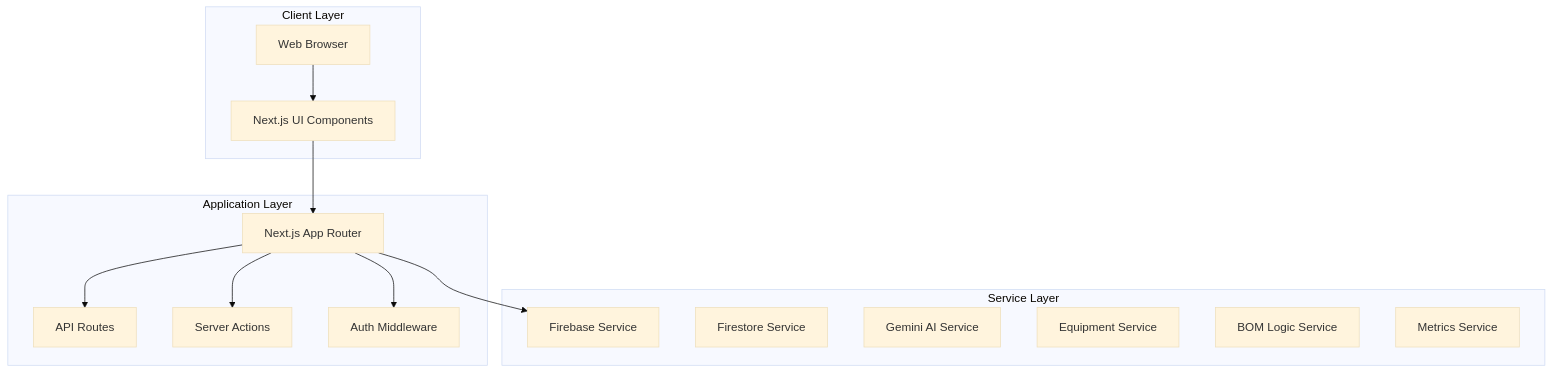
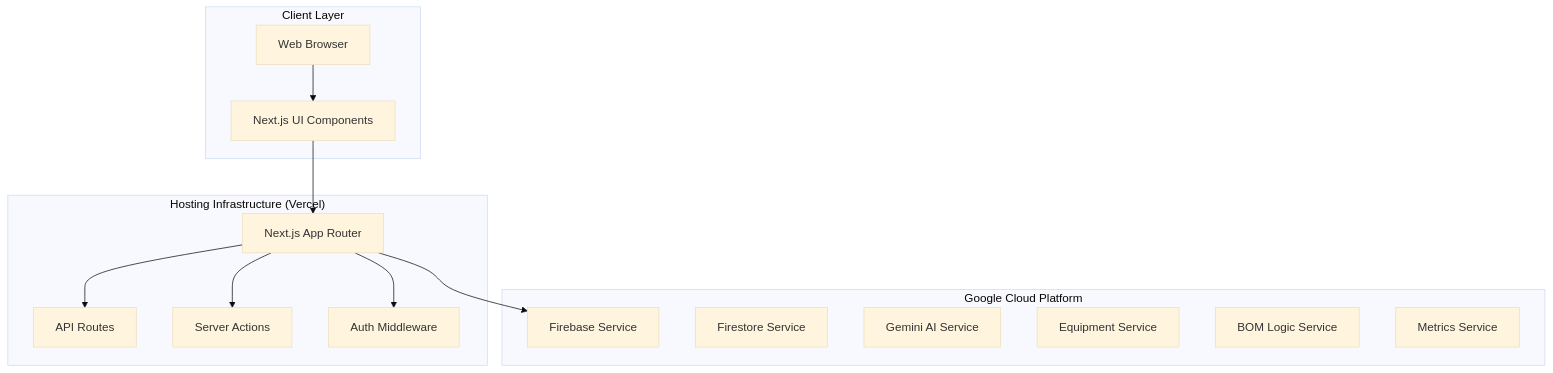
One commit to wslugger/zippy-builder-v2 changed the first of 4 diagrams in ARCHITECTURE.md. Above: the diagram before and after it, drawn with Mermaid (base theme). The commit also changed 34 other files, not shown here.

````diff
--- a/ARCHITECTURE.md
+++ b/ARCHITECTURE.md
@@ -6,30 +6,30 @@
 ```mermaid
 graph TB
     subgraph "Client Layer"
         Browser[Web Browser]
         UI[Next.js UI Components]
     end
     
-    subgraph "Application Layer"
+    subgraph "Hosting Infrastructure (Vercel)"
         NextJS[Next.js App Router]
         API[API Routes]
         Actions[Server Actions]
         Middleware[Auth Middleware]
     end
     
-    subgraph "Service Layer"
+    subgraph "Google Cloud Platform"
         FirebaseService[Firebase Service]
         FirestoreService[Firestore Service]
         GeminiService[Gemini AI Service]
         EquipmentService[Equipment Service]
         BOMLogicService[BOM Logic Service]
         MetricsService[Metrics Service]
     end
     
     Browser --> UI
     UI --> NextJS
     NextJS --> API
     NextJS --> Actions
     NextJS --> Middleware
     NextJS --> FirebaseService
 ```
````
